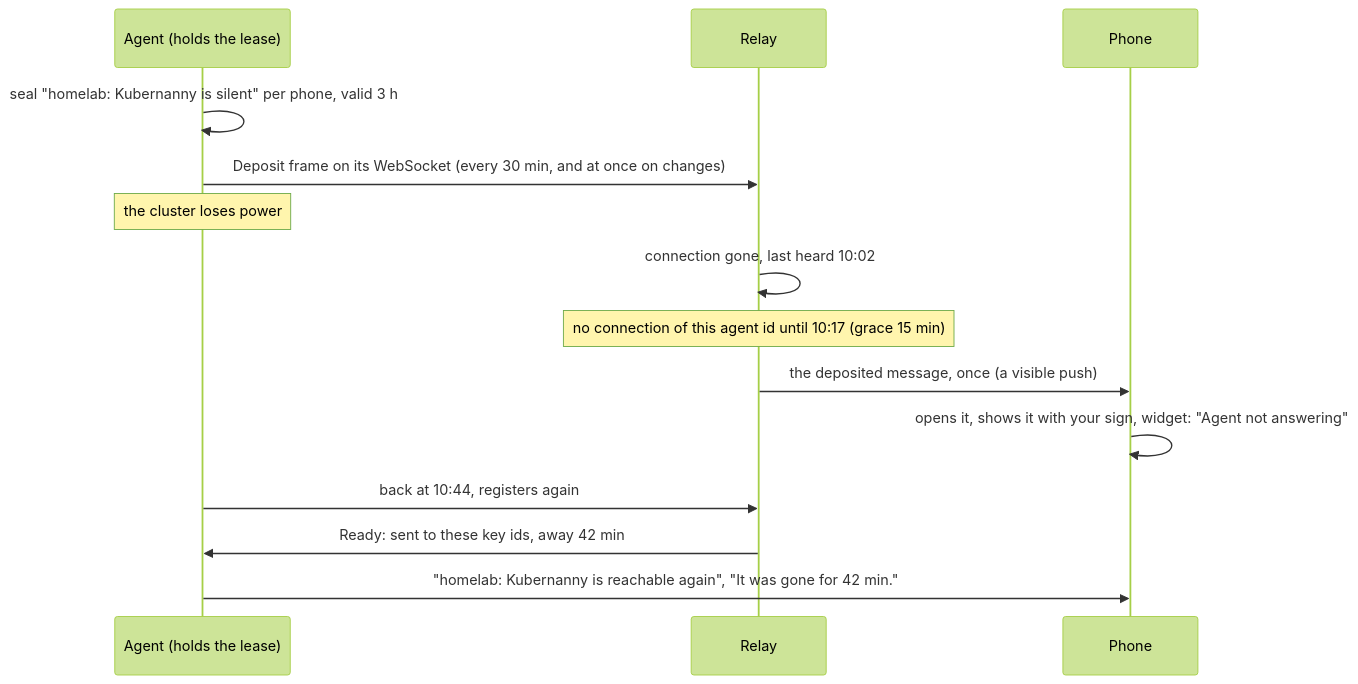
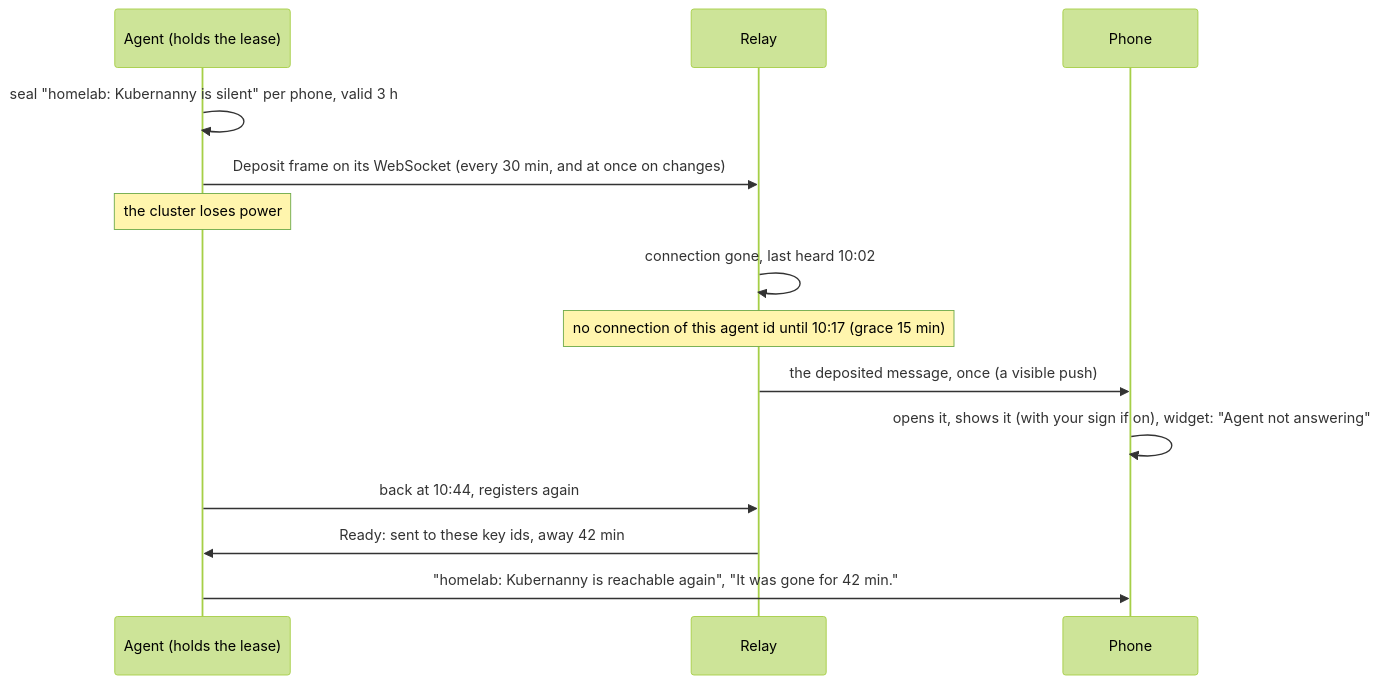
The third of 3 diagrams in docs/NOTIFICATIONS.md (kubernanny/kubernanny), drawn with Mermaid (forest theme) before and after one commit. The commit also changed other lines of this file and 11 other files, not shown here.

````diff
--- a/docs/NOTIFICATIONS.md
+++ b/docs/NOTIFICATIONS.md
@@ -162,16 +162,16 @@
 ```mermaid
 sequenceDiagram
   participant A as Agent (holds the lease)
   participant R as Relay
   participant P as Phone
   A->>A: seal "homelab: Kubernanny is silent" per phone, valid 3 h
   A->>R: Deposit frame on its WebSocket (every 30 min, and at once on changes)
   Note over A: the cluster loses power
   R->>R: connection gone, last heard 10:02
   Note over R: no connection of this agent id until 10:17 (grace 15 min)
   R->>P: the deposited message, once (a visible push)
-  P->>P: opens it, shows it with your sign, widget: "Agent not answering"
+  P->>P: opens it, shows it (with your sign if on), widget: "Agent not answering"
   A->>R: back at 10:44, registers again
   R->>A: Ready: sent to these key ids, away 42 min
   A->>P: "homelab: Kubernanny is reachable again", "It was gone for 42 min."
 ```
````
